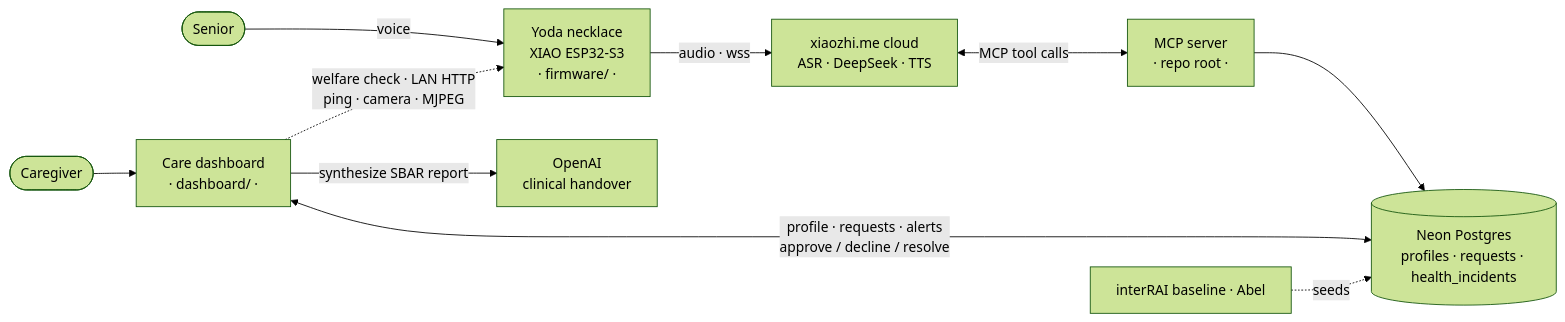
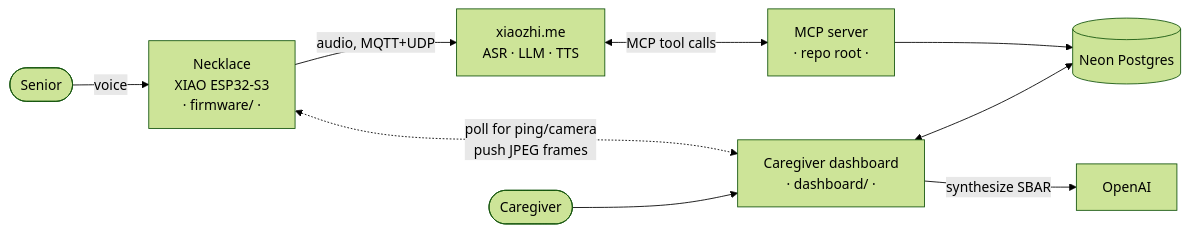
Before and after one commit to AbhishekVulla/yoda-mcp: the diagram in README.md, drawn with Mermaid (forest theme). The commit also changed other lines of this file and 13 other files, not shown here.

````diff
--- a/README.md
+++ b/README.md
@@ -35,12 +23,11 @@
 ```mermaid
 flowchart LR
-  Senior([Senior]) -->|voice| Pendant[Yoda necklace<br/>XIAO ESP32-S3<br/>· firmware/ ·]
-  Pendant -->|audio · wss| Cloud[xiaozhi.me cloud<br/>ASR · DeepSeek · TTS]
+  Senior([Senior]) -->|voice| Pendant[Necklace<br/>XIAO ESP32-S3<br/>· firmware/ ·]
+  Pendant -->|audio, MQTT+UDP| Cloud[xiaozhi.me<br/>ASR · LLM · TTS]
   Cloud <-->|MCP tool calls| Server[MCP server<br/>· repo root ·]
-  Server --> Neon[(Neon Postgres<br/>profiles · requests · health_incidents)]
-  Caregiver([Caregiver]) --> Dash[Care dashboard<br/>· dashboard/ ·]
-  Dash <-->|profile · requests · alerts<br/>approve / decline / resolve| Neon
-  Dash -->|synthesize SBAR report| LLM[OpenAI<br/>clinical handover]
-  Dash -.->|welfare check · LAN HTTP<br/>ping · camera · MJPEG| Pendant
-  Baseline[interRAI baseline · Abel] -. seeds .-> Neon
+  Server --> Neon[(Neon Postgres)]
+  Dash[Caregiver dashboard<br/>· dashboard/ ·] <--> Neon
+  Dash -->|synthesize SBAR| LLM2[OpenAI]
+  Pendant <-.->|poll for ping/camera<br/>push JPEG frames| Dash
+  Caregiver([Caregiver]) --> Dash
 ```
````
